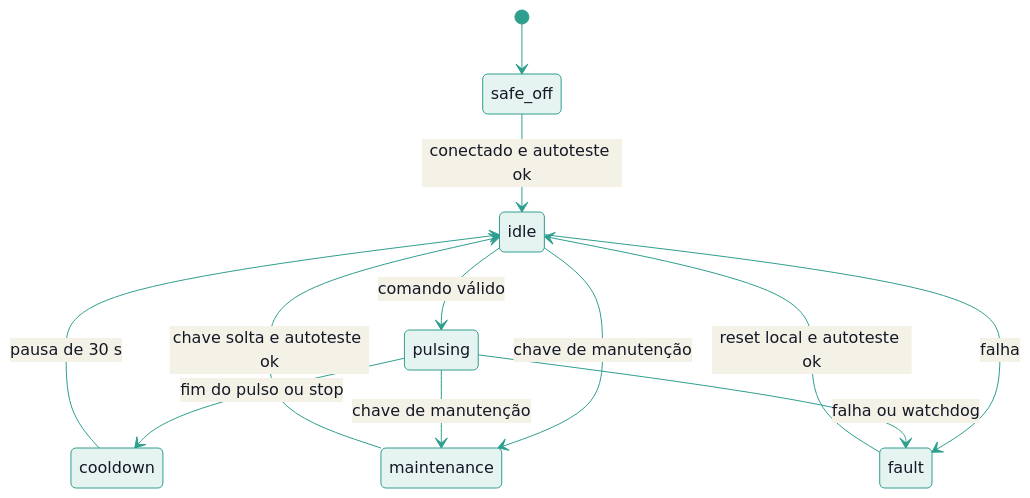
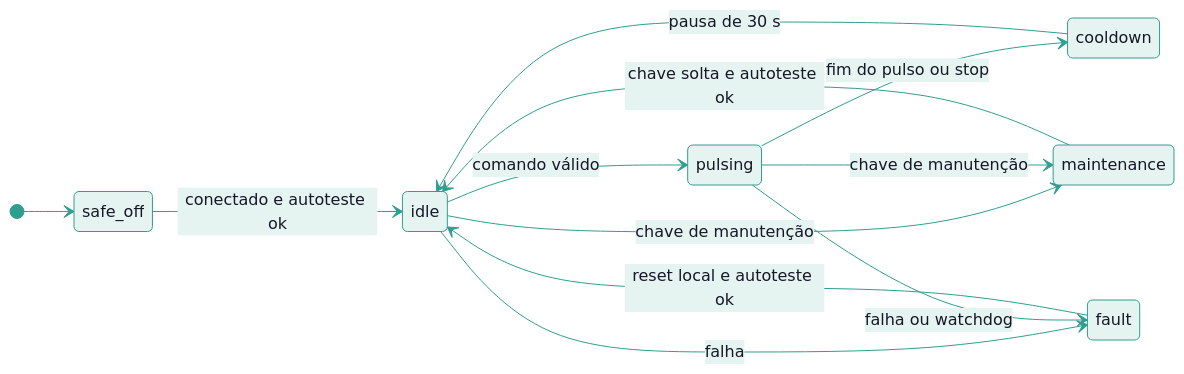
The diagram in docs/seguranca-do-atuador.md (ADSLustosa/pigeondome), drawn with Mermaid before and after one commit.

Commit message:
docs: diagrama de estados do atuador na horizontal
Troca o layout para esquerda-direita e alinha a cor dos rotulos das setas.

````diff
--- a/docs/seguranca-do-atuador.md
+++ b/docs/seguranca-do-atuador.md
@@ -50,15 +50,16 @@
 ```mermaid
-%%{init: {"theme":"base","themeVariables":{"primaryColor":"#E6F4F1","primaryBorderColor":"#2F9E8F","primaryTextColor":"#151827","textColor":"#151827","lineColor":"#2F9E8F"}}}%%
+%%{init: {"theme":"base","themeVariables":{"primaryColor":"#E6F4F1","primaryBorderColor":"#2F9E8F","primaryTextColor":"#151827","textColor":"#151827","lineColor":"#2F9E8F","edgeLabelBackground":"#E6F4F1"}}}%%
 stateDiagram-v2
+  direction LR
   [*] --> safe_off
   safe_off --> idle: conectado e autoteste ok
   idle --> pulsing: comando válido
   pulsing --> cooldown: fim do pulso ou stop
   cooldown --> idle: pausa de 30 s
   idle --> maintenance: chave de manutenção
   pulsing --> maintenance: chave de manutenção
   maintenance --> idle: chave solta e autoteste ok
   idle --> fault: falha
   pulsing --> fault: falha ou watchdog
   fault --> idle: reset local e autoteste ok
 ```
````
